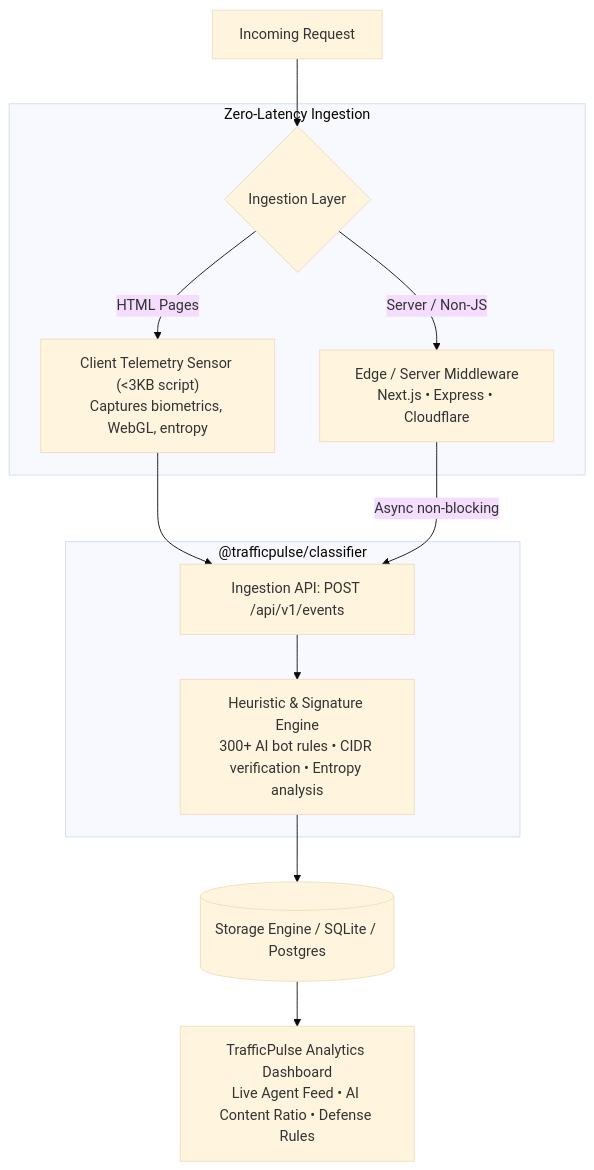
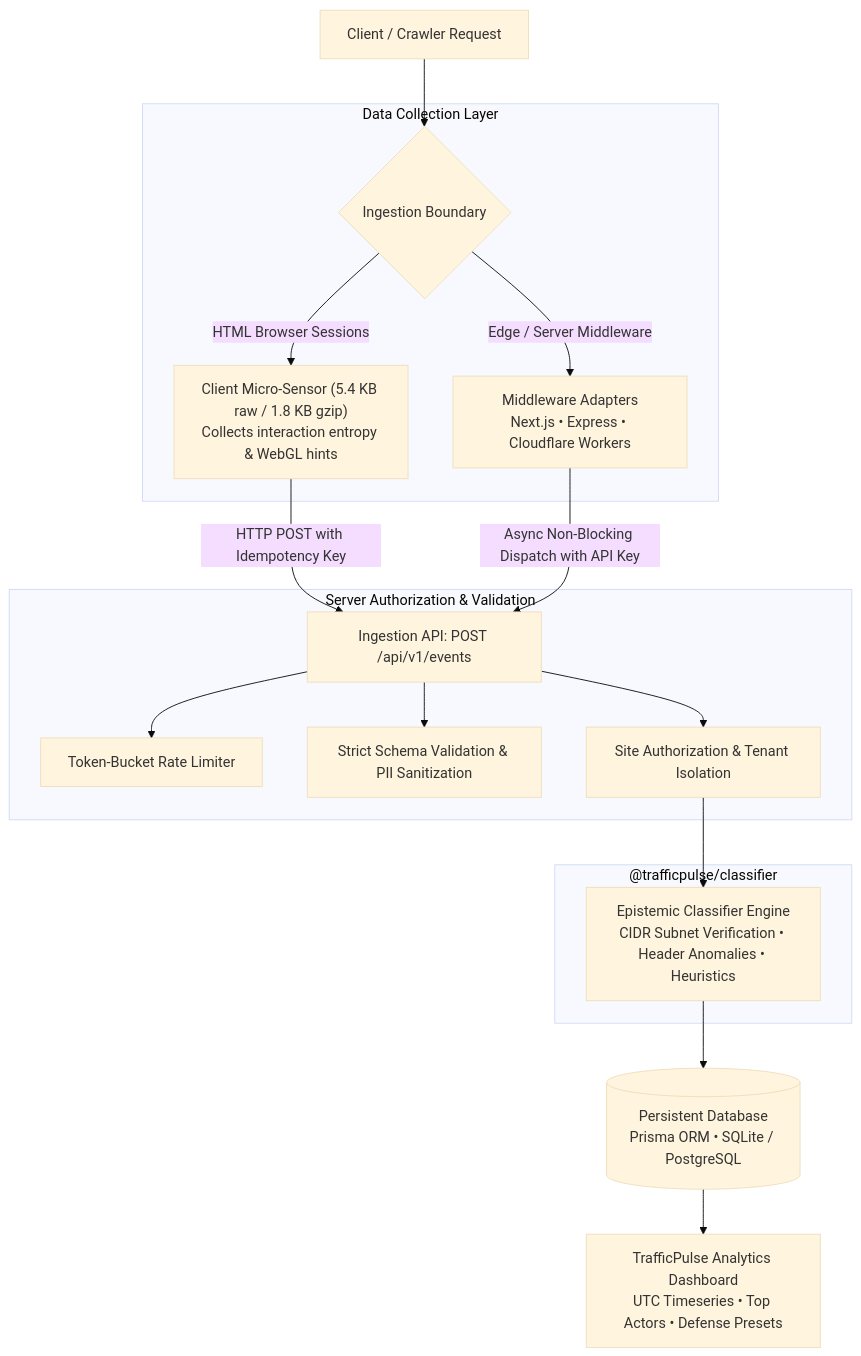
The diagram in README.md (amalrn98/TrafficPulse), drawn with Mermaid (base theme) before and after one commit. The commit also changed other lines of this file and 36 other files, not shown here.

First line of the commit message:
feat: production readiness, persistent database, security hardening, and epistemic classification refactor

````diff
--- a/README.md
+++ b/README.md
@@ -32,19 +40,25 @@
 ```mermaid
 flowchart TD
-    Client[Incoming Request] --> Gateway{Ingestion Layer}
+    Client[Client / Crawler Request] --> Ingestion{Ingestion Boundary}
 
-    subgraph Ingestion["Zero-Latency Ingestion"]
-        Gateway -->|HTML Pages| Tracker["Client Telemetry Sensor (<3KB script)<br/>Captures biometrics, WebGL, entropy"]
-        Gateway -->|Server / Non-JS| Middleware["Edge / Server Middleware<br/>Next.js • Express • Cloudflare"]
+    subgraph Collection["Data Collection Layer"]
+        Ingestion -->|HTML Browser Sessions| Sensor["Client Micro-Sensor (5.4 KB raw / 1.8 KB gzip)<br/>Collects interaction entropy & WebGL hints"]
+        Ingestion -->|Edge / Server Middleware| MW["Middleware Adapters<br/>Next.js • Express • Cloudflare Workers"]
     end
 
-    Tracker --> API["Ingestion API: POST /api/v1/events"]
-    Middleware -->|Async non-blocking| API
+    Sensor -->|HTTP POST with Idempotency Key| API["Ingestion API: POST /api/v1/events"]
+    MW -->|Async Non-Blocking Dispatch with API Key| API
+
+    subgraph SecurityBoundary["Server Authorization & Validation"]
+        API --> RateLimit["Token-Bucket Rate Limiter"]
+        API --> Validator["Strict Schema Validation & PII Sanitization"]
+        API --> TenantAuth["Site Authorization & Tenant Isolation"]
+    end
 
     subgraph CoreEngine["@trafficpulse/classifier"]
-        API --> Classifier["Heuristic & Signature Engine<br/>300+ AI bot rules • CIDR verification • Entropy analysis"]
+        TenantAuth --> Engine["Epistemic Classifier Engine<br/>CIDR Subnet Verification • Header Anomalies • Heuristics"]
     end
 
-    Classifier --> DB[(Storage Engine / SQLite / Postgres)]
-    DB --> Dashboard["TrafficPulse Analytics Dashboard<br/>Live Agent Feed • AI Content Ratio • Defense Rules"]
+    Engine --> Storage[(Persistent Database<br/>Prisma ORM • SQLite / PostgreSQL)]
+    Storage --> Dashboard["TrafficPulse Analytics Dashboard<br/>UTC Timeseries • Top Actors • Defense Presets"]
 ```
````
